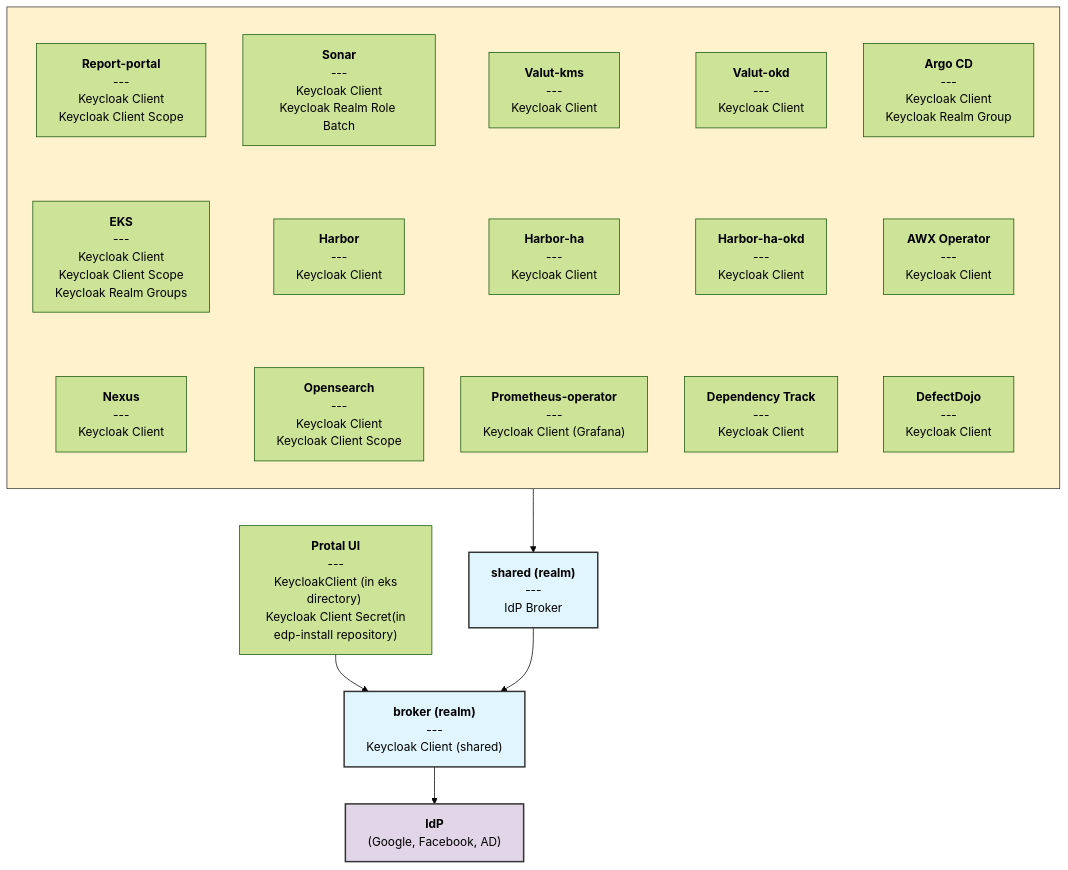
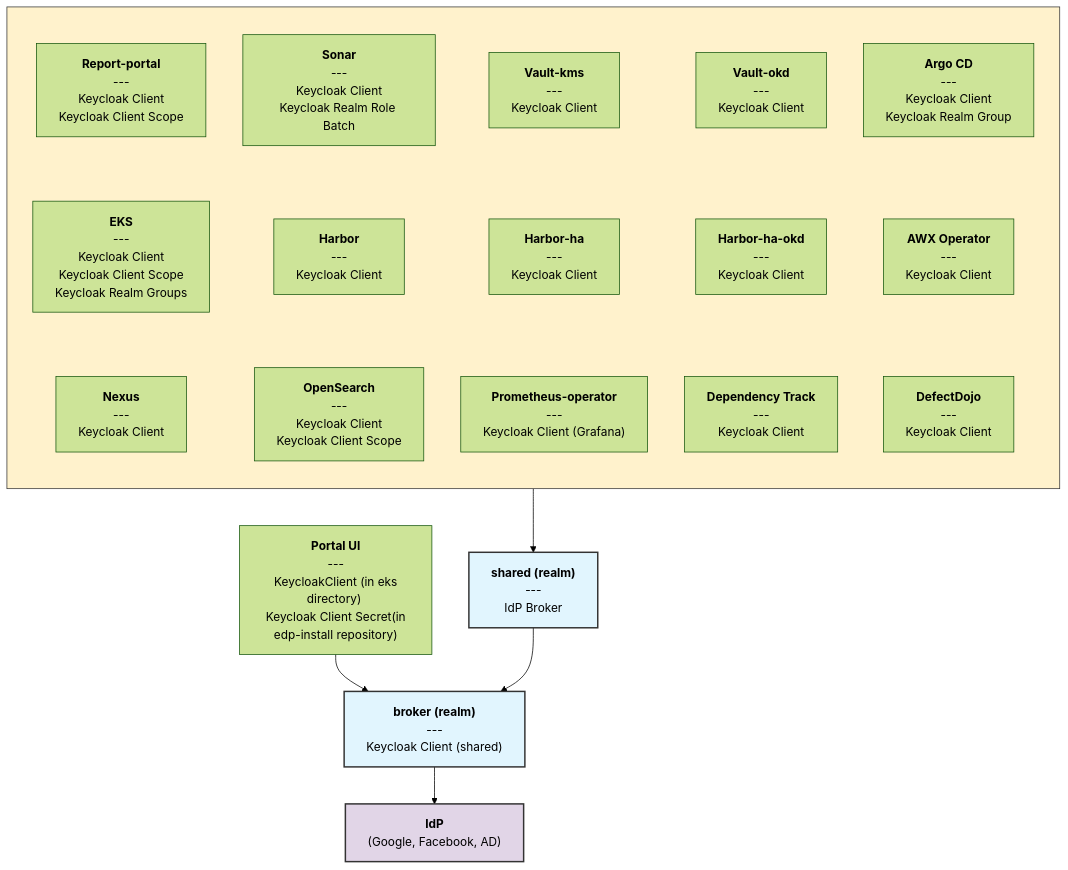
One commit to KubeRocketCI/docs changed the first of 2 diagrams in docs/operator-guide/auth/platform-auth-model.md. Above: the diagram before and after it, drawn with Mermaid (forest theme). The commit also changed other lines of this file and 1 other file, not shown here.

Commit message:
fix: Fix syntax issues

````diff
--- a/docs/operator-guide/auth/platform-auth-model.md
+++ b/docs/operator-guide/auth/platform-auth-model.md
@@ -13,40 +13,40 @@
 ```mermaid
 graph TD;
     style integrated_services fill:#FFF2CC,stroke:#333,stroke-width:1px
     style shared_realm fill:#e1f5fe,stroke:#333,stroke-width:2px
     style broker_realm fill:#e1f5fe,stroke:#333,stroke-width:2px
     style IdP fill:#E1D5E7,stroke:#333,stroke-width:2px,dashed
 
     subgraph integrated_services [" "]
         direction TB
         Report-Portal["<b>Report-portal</b><br>---<br>Keycloak Client<br> Keycloak Client Scope"]
         Sonar["<b>Sonar</b><br>---<br>Keycloak Client<br>Keycloak Realm Role Batch"]
-        Vault-kms["<b>Valut-kms</b><br> --- <br> Keycloak Client"]
-        Vault-okd["<b>Valut-okd</b><br> --- <br> Keycloak Client"]
+        Vault-kms["<b>Vault-kms</b><br> --- <br> Keycloak Client"]
+        Vault-okd["<b>Vault-okd</b><br> --- <br> Keycloak Client"]
         ArgoCD["<b>Argo CD</b><br> --- <br> Keycloak Client <br> Keycloak Realm Group"]
 
         EKS["<b>EKS</b><br> --- <br> Keycloak Client <br> Keycloak Client Scope <br> Keycloak Realm Groups"]
         Harbor["<b>Harbor</b><br> --- <br> Keycloak Client"]
         Harbor-ha["<b>Harbor-ha</b><br> --- <br> Keycloak Client"]
         Harbor-ha-okd["<b>Harbor-ha-okd</b><br> --- <br> Keycloak Client"]
         AWX-operator["<b>AWX Operator</b><br> --- <br> Keycloak Client"]
 
         Nexus["<b>Nexus</b><br> --- <br> Keycloak Client"]
-        Opensearch["<b>Opensearch</b><br> --- <br> Keycloak Client <br> Keycloak Client Scope"]
+        OpenSearch["<b>OpenSearch</b><br> --- <br> Keycloak Client <br> Keycloak Client Scope"]
         Prometheus-operator["<b>Prometheus-operator</b><br> --- <br> Keycloak Client (Grafana)"]
         DependencyTrack["<b>Dependency Track</b><br> --- <br> Keycloak Client"]
         DefectDojo["<b>DefectDojo</b><br> --- <br> Keycloak Client"]
 
         Report-Portal ~~~ EKS ~~~ Nexus
-        Sonar ~~~ Harbor ~~~ Opensearch
+        Sonar ~~~ Harbor ~~~ OpenSearch
         Vault-kms ~~~ Harbor-ha ~~~ Prometheus-operator
         Vault-okd ~~~ Harbor-ha-okd ~~~ DependencyTrack
         ArgoCD ~~~ AWX-operator ~~~ DefectDojo
     end
 
     integrated_services --> shared_realm["<b>shared (realm)</b><br> --- <br> IdP Broker"]
 
-    Portal["<b>Protal UI</b><br> --- <br> KeycloakClient (in eks directory) <br> Keycloak Client Secret(in edp-install repository)"] --> broker_realm["broker (realm)"]
+    Portal["<b>Portal UI</b><br> --- <br> KeycloakClient (in eks directory) <br> Keycloak Client Secret(in edp-install repository)"] --> broker_realm["broker (realm)"]
     shared_realm --> broker_realm["<b>broker (realm)</b><br> --- <br> Keycloak Client (shared)"]
     broker_realm --> IdP["<b>IdP</b><br> (Google, Facebook, AD)"]
 ```
````
